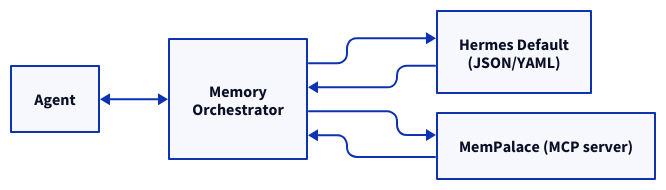
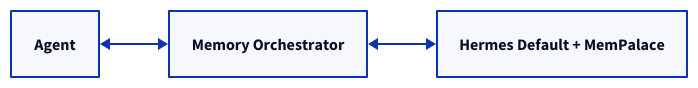
Before and after one commit to BuboTheWise/MemChorus: the diagram in diagrams/data_flow.d2, drawn with D2. The commit also changed 2 other files, not shown here.

Commit message:
docs(readme): simplify data flow diagram for clean rendering

```diff
--- a/diagrams/data_flow.d2
+++ b/diagrams/data_flow.d2
@@ -1,18 +1,12 @@
 vars: {
-  d2-config: {
-    layout-engine: elk
-  }
+  d2-config: { layout-engine: elk }
 }
 
 direction: right
 
 agent: "Agent"
-orchestrator: "Memory\nOrchestrator"
-hermes_dest: "Hermes Default\n(JSON/YAML)"
-mempalace_dest: "MemPalace (MCP server)"
+orchestrator: "Memory Orchestrator"
+backends: "Hermes Default + MemPalace"
 
 agent <-> orchestrator
-orchestrator -> hermes_dest
-orchestrator -> mempalace_dest
-hermes_dest -> orchestrator
-mempalace_dest -> orchestrator
+orchestrator <-> backends
```
